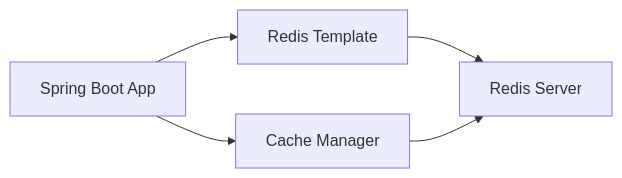
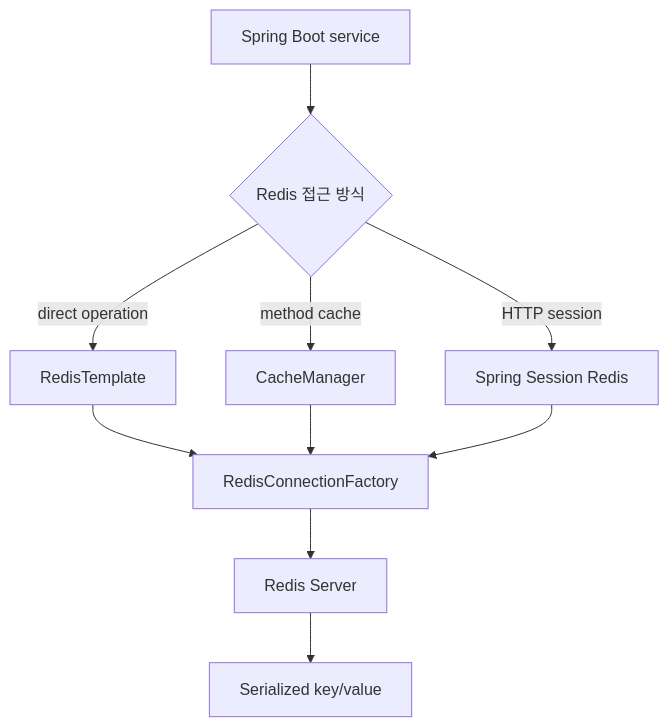
The first of 2 diagrams in content/docs/databases/redis/springboot-integration.md (choisimo/document), drawn with Mermaid before and after one commit. The commit also changed other lines of this file and 432 other files, not shown here.

````diff
--- a/content/docs/databases/redis/springboot-integration.md
+++ b/content/docs/databases/redis/springboot-integration.md
@@ -20,7 +34,12 @@
 ```mermaid
-flowchart LR
-    A[Spring Boot App] --> B[Redis Template]
-    B --> C[Redis Server]
-    A --> D[Cache Manager]
-    D --> C
+flowchart TD
+    A[Spring Boot service] --> B{Redis 접근 방식}
+    B -->|direct operation| C[RedisTemplate]
+    B -->|method cache| D[CacheManager]
+    B -->|HTTP session| E[Spring Session Redis]
+    C --> F[RedisConnectionFactory]
+    D --> F
+    E --> F
+    F --> G[Redis Server]
+    G --> H[Serialized key/value]
 ```
````
